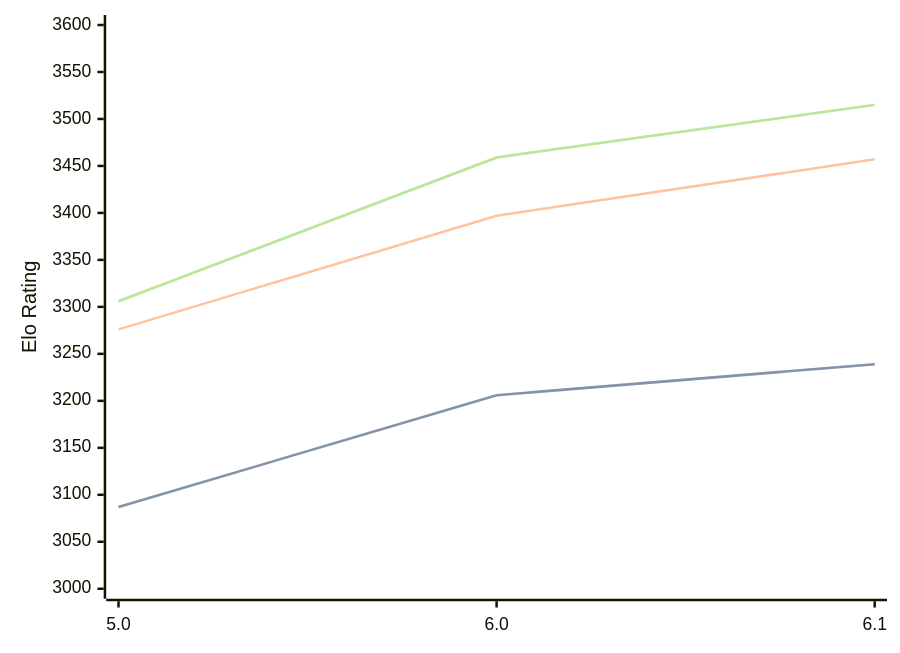
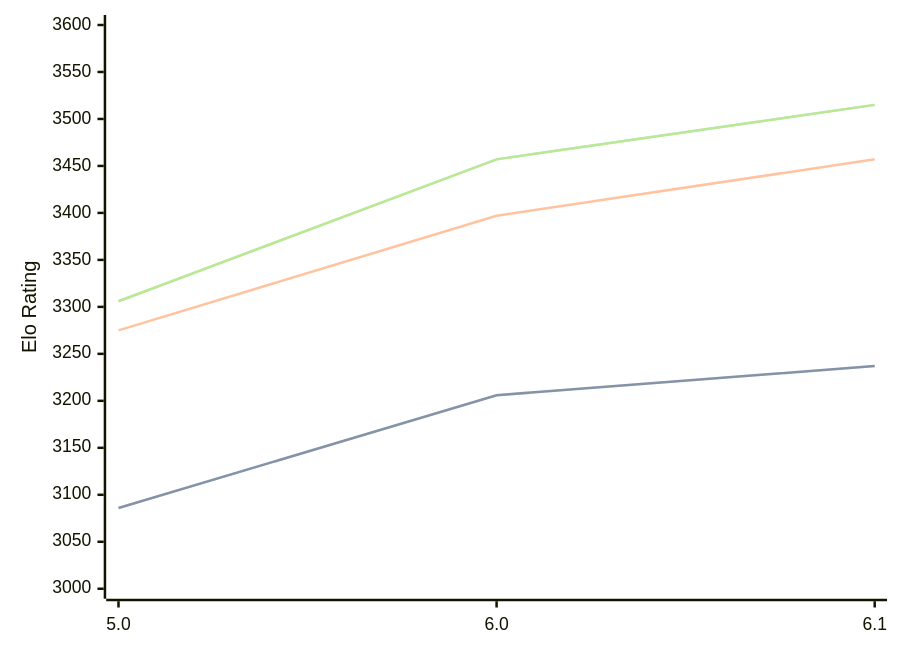
One commit to computer-chess-index/cci changed the diagram in engines/PZChessBot.md. Above: the diagram before and after it, drawn with Mermaid. The commit also changed other lines of this file, not shown here.

Commit message:
Update CCI Ratings (ELO VLTC) - 2026-04-21

````diff
--- a/engines/PZChessBot.md
+++ b/engines/PZChessBot.md
@@ -42,11 +42,11 @@
 ```mermaid
 %%{init: {"theme":"base","themeVariables":{"seriesColors:['#a3a3a3','#222221','#faa371']}}}%%
 xychart-beta
   x-axis ["5.0", "6.0", "6.1"]
   y-axis "Elo Rating" 3000 --> 3600
-  line "STC (8.0+0.08s)" [3087, 3206, 3239]
-  line "STC (8.0+0.08s)" [3087, 3206, 3239]
-  line "LTC (60.0+0.60s)" [3276, 3397, 3457]
-  line "VLTC (2m24s+1.12s)" [3306, 3459, 3515]
-  line "VLTC (2m24s+1.12s)" [3306, 3459, 3515]
+  line "STC (8.0+0.08s)" [3086, 3206, 3237]
+  line "STC (8.0+0.08s)" [3086, 3206, 3237]
+  line "LTC (60.0+0.60s)" [3275, 3397, 3457]
+  line "VLTC (2m24s+1.12s)" [3306, 3457, 3515]
+  line "VLTC (2m24s+1.12s)" [3306, 3457, 3515]
 ```
````
